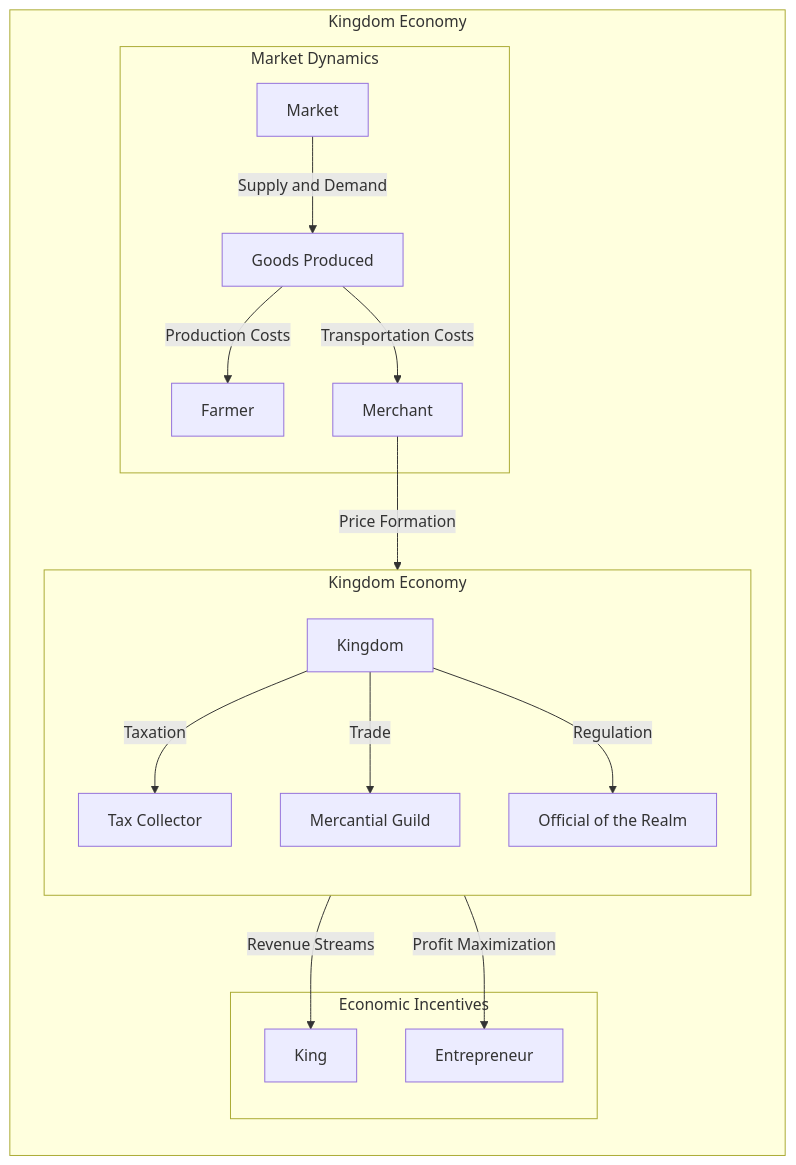
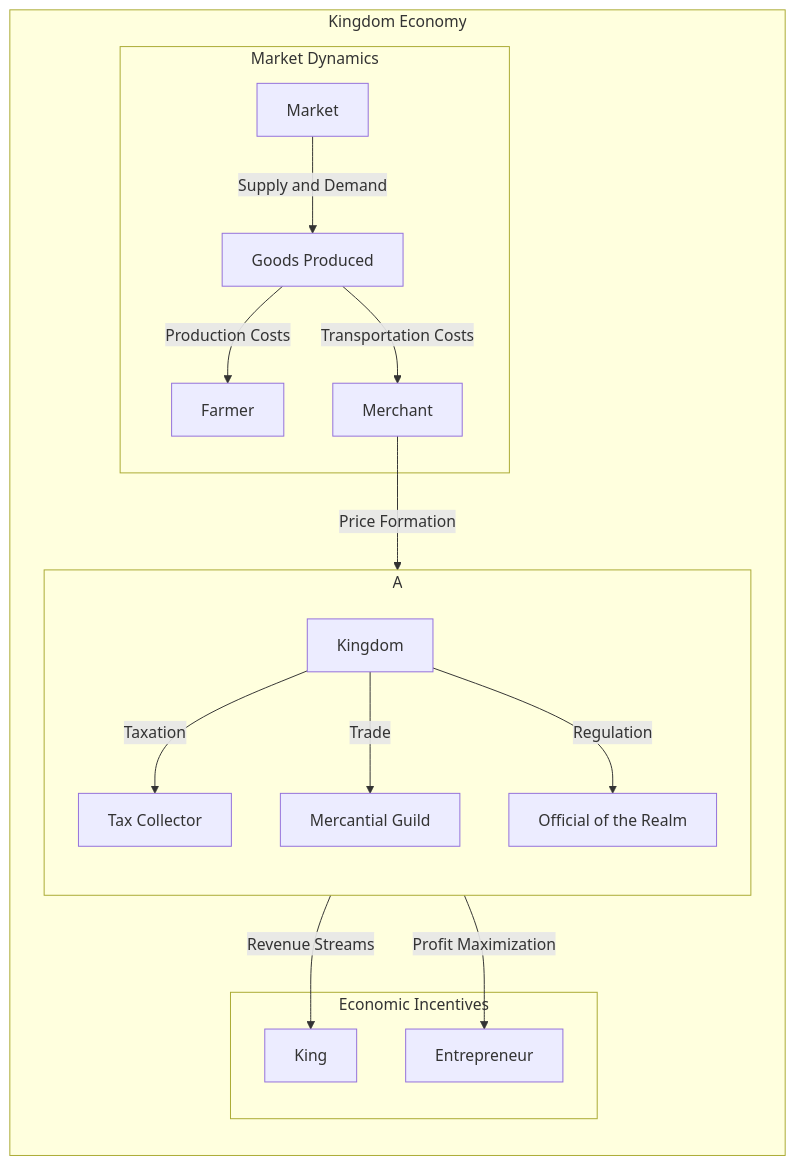
The diagram in econograph.md (daedaebae/Econoverse), drawn with Mermaid before and after one commit. The commit also changed 4 other files, not shown here.

````diff
--- a/econograph.md
+++ b/econograph.md
@@ -12,23 +12,23 @@
 ```mermaid
-graph LR
+graph TB
     subgraph Kingdom Economy
     direction TB
-        subgraph Kingdom Economy
+        subgraph A
         direction TB
             Kingdom[Kingdom] --> |Taxation| TaxCollector[Tax Collector]
             Kingdom --> |Trade| Merchant[Mercantile Guild]
             Kingdom --> |Regulation| Official[Official of the Realm]
             end
 subgraph Market Dynamics 
     Trade[Market] --> |Supply and Demand| Goods[Goods Produced]
     Goods --> |Production Costs| Farmer[Farmer]
     Goods --> |Transportation Costs| Trader[Merchant]
     Trader --> |Price Formation| Merchant[Mercantial Guild]
     end
 
 subgraph Economic Incentives 
     TaxCollector --> |Revenue Streams| King[King]
     Merchant --> |Profit Maximization| Entrepreneur[Entrepreneur]
     end
 end
 ```
````
